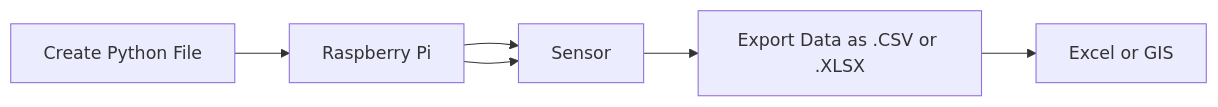
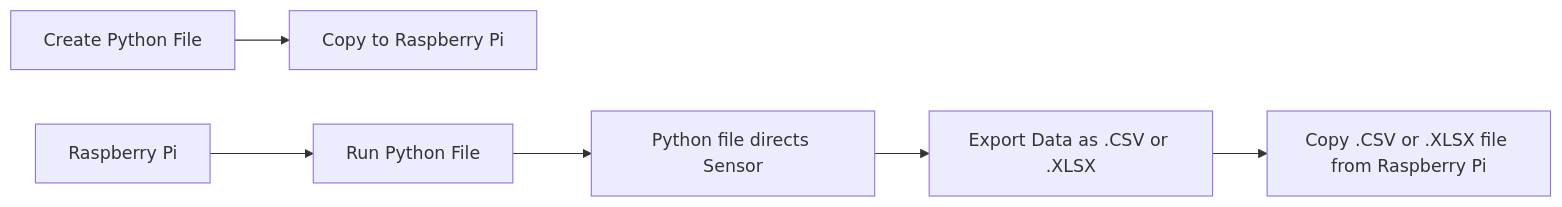
Before and after one commit to hleve/sensor_workshop: the diagram in README.md, drawn with Mermaid.

````diff
--- a/README.md
+++ b/README.md
@@ -6,8 +6,8 @@
 ```mermaid
 graph LR;
 A[Create Python File] --> B[Copy to Raspberry Pi]
-B[Raspberry Pi] -->C[Run Python File]
-B --> C[Sensor]
-C --> D[Export Data as .CSV or .XLSX]
-D --> F[Excel or GIS]
+C[Raspberry Pi] -->D[Run Python File]
+D --> E[Python file directs Sensor]
+E --> F[Export Data as .CSV or .XLSX]
+F --> G[Copy .CSV or .XLSX file from Raspberry Pi]
 ```
````
